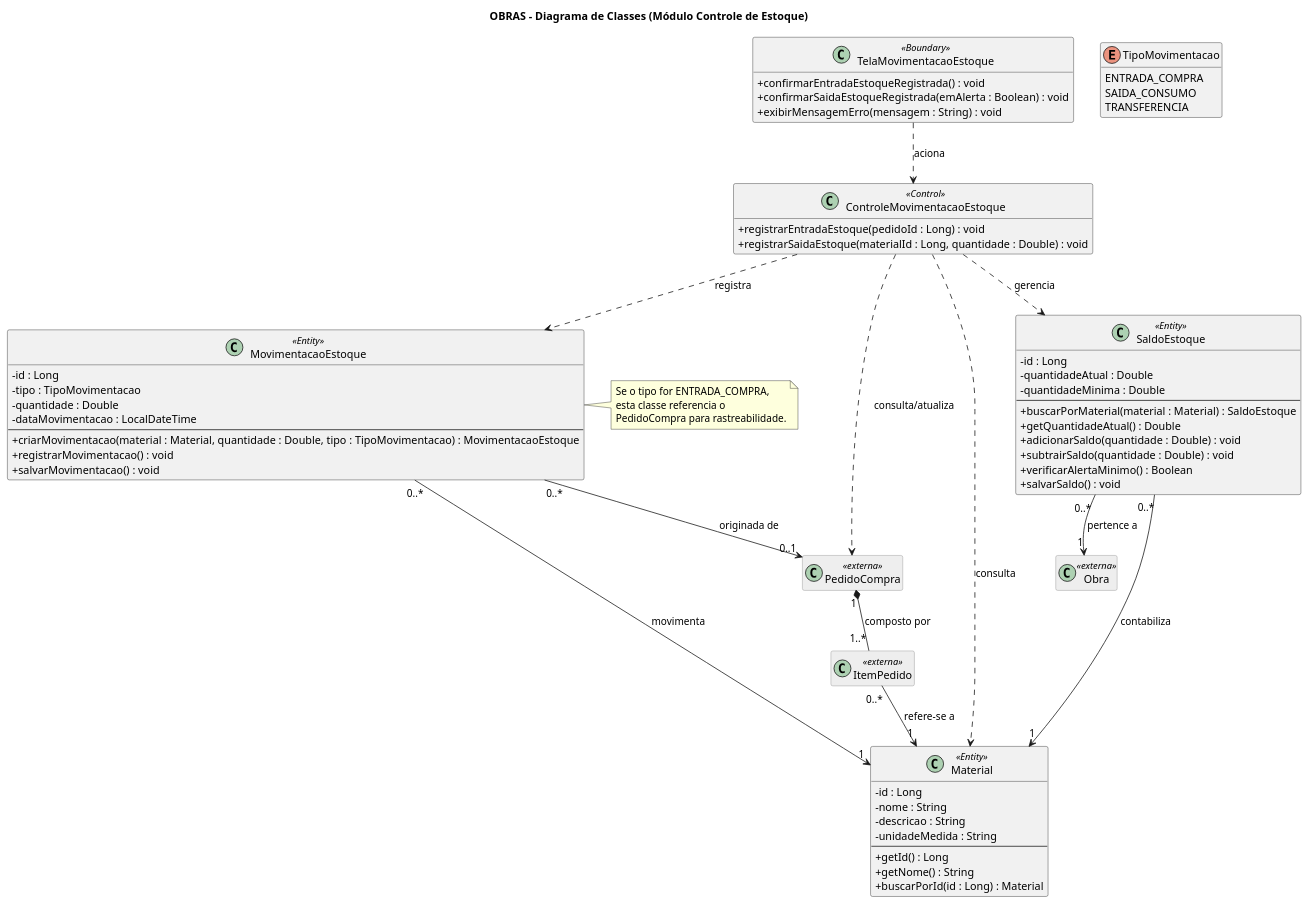
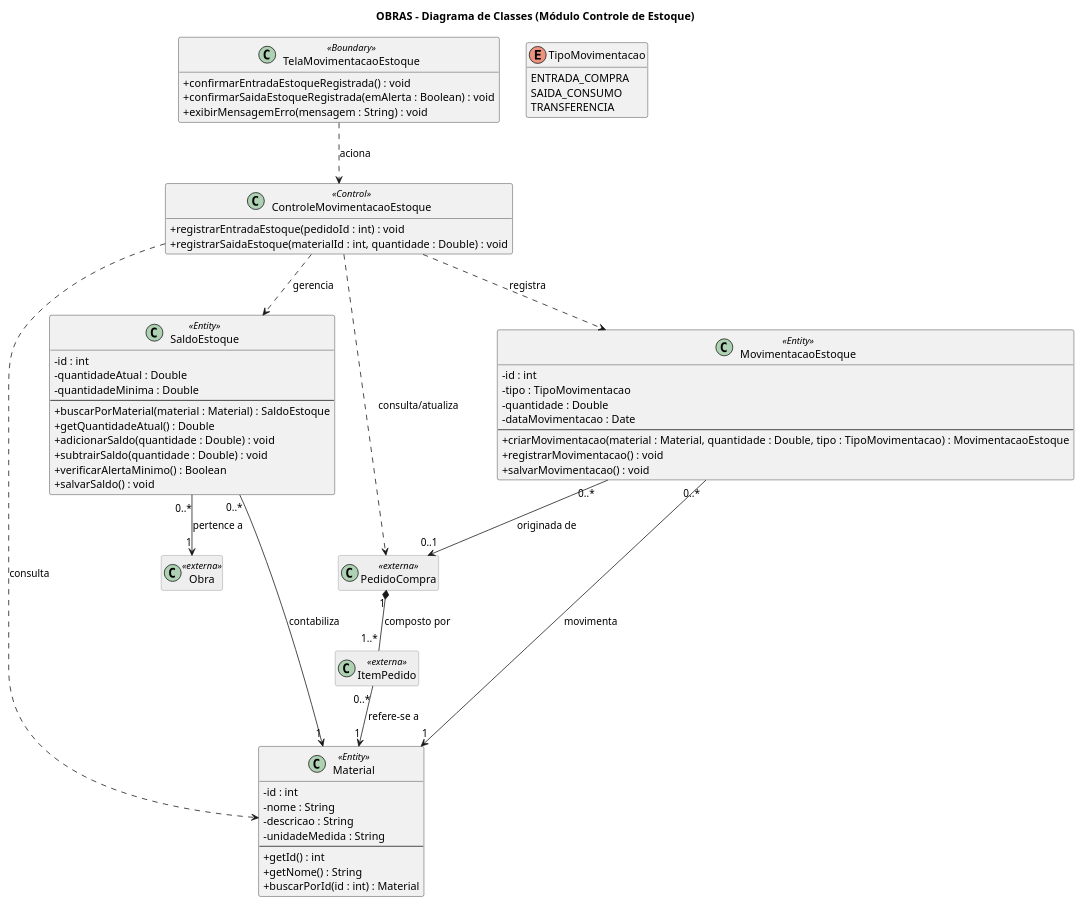
One commit to bernardoanobrega/oBRAS changed the diagram in Diagramas de classe/Modulo_Estoques/Estoques.puml. Above: the diagram before and after it, drawn with PlantUML. The commit also changed 4 other files, not shown here.

Commit message:
Atualização dos diagramas de projeto para classes

```diff
--- a/Diagramas de classe/Modulo_Estoques/Estoques.puml
+++ b/Diagramas de classe/Modulo_Estoques/Estoques.puml
@@ -1,90 +1,85 @@
 @startuml estoques-class-diagram
 title OBRAS - Diagrama de Classes (Módulo Controle de Estoque)
 
 skinparam classAttributeIconSize 0
 skinparam ClassFontSize 14
 skinparam classBackgroundColor<<externa>> #EEEEEE
 skinparam classBorderColor<<externa>> #888888
 hide empty members
 
 ' ===== CLASSES EXTERNAS =====
 class Obra <<externa>>
 class PedidoCompra <<externa>>
 class ItemPedido <<externa>>
 
 ' ===== FRONTEIRA E CONTROLE (BCE) =====
 class TelaMovimentacaoEstoque <<Boundary>> {
   +confirmarEntradaEstoqueRegistrada() : void
   +confirmarSaidaEstoqueRegistrada(emAlerta : Boolean) : void
   +exibirMensagemErro(mensagem : String) : void
 }
 
 class ControleMovimentacaoEstoque <<Control>> {
-  +registrarEntradaEstoque(pedidoId : Long) : void
-  +registrarSaidaEstoque(materialId : Long, quantidade : Double) : void
+  +registrarEntradaEstoque(pedidoId : int) : void
+  +registrarSaidaEstoque(materialId : int, quantidade : Double) : void
 }
 
 ' ===== NÚCLEO (ENTIDADES) =====
 class Material <<Entity>> {
-  -id : Long
+  -id : int
   -nome : String
   -descricao : String
   -unidadeMedida : String
   --
-  +getId() : Long
+  +getId() : int
   +getNome() : String
-  +buscarPorId(id : Long) : Material
+  +buscarPorId(id : int) : Material
 }
 
 class SaldoEstoque <<Entity>> {
-  -id : Long
+  -id : int
   -quantidadeAtual : Double
   -quantidadeMinima : Double
   --
   +buscarPorMaterial(material : Material) : SaldoEstoque
   +getQuantidadeAtual() : Double
   +adicionarSaldo(quantidade : Double) : void
   +subtrairSaldo(quantidade : Double) : void
   +verificarAlertaMinimo() : Boolean
   +salvarSaldo() : void
 }
 
 class MovimentacaoEstoque <<Entity>> {
-  -id : Long
+  -id : int
   -tipo : TipoMovimentacao
   -quantidade : Double
-  -dataMovimentacao : LocalDateTime
+  -dataMovimentacao : Date
   --
   +criarMovimentacao(material : Material, quantidade : Double, tipo : TipoMovimentacao) : MovimentacaoEstoque
   +registrarMovimentacao() : void
   +salvarMovimentacao() : void
 }
 
 ' ===== ENUMERAÇÕES =====
 enum TipoMovimentacao {
   ENTRADA_COMPRA
   SAIDA_CONSUMO
   TRANSFERENCIA
 }
 
 ' ===== RELAÇÕES =====
 TelaMovimentacaoEstoque ..> ControleMovimentacaoEstoque : aciona
 ControleMovimentacaoEstoque ..> SaldoEstoque : gerencia
 ControleMovimentacaoEstoque ..> MovimentacaoEstoque : registra
 ControleMovimentacaoEstoque ..> Material : consulta
 ControleMovimentacaoEstoque ..> PedidoCompra : consulta/atualiza
 
 SaldoEstoque "0..*" --> "1" Material : contabiliza
 SaldoEstoque "0..*" --> "1" Obra : pertence a
 MovimentacaoEstoque "0..*" --> "1" Material : movimenta
 MovimentacaoEstoque "0..*" --> "0..1" PedidoCompra : originada de
 PedidoCompra "1" *-- "1..*" ItemPedido : composto por
 ItemPedido "0..*" --> "1" Material : refere-se a
 
-note right of MovimentacaoEstoque
-  Se o tipo for ENTRADA_COMPRA,
-  esta classe referencia o
-  PedidoCompra para rastreabilidade.
-end note
 
 @enduml
```
